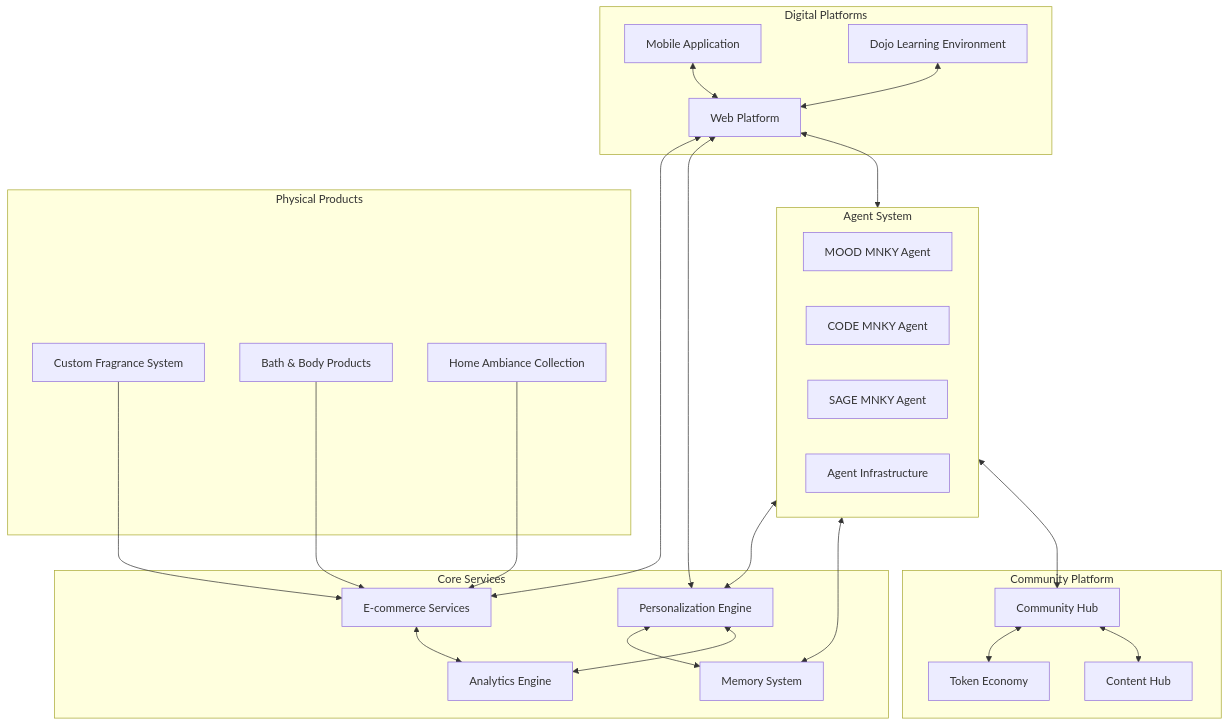
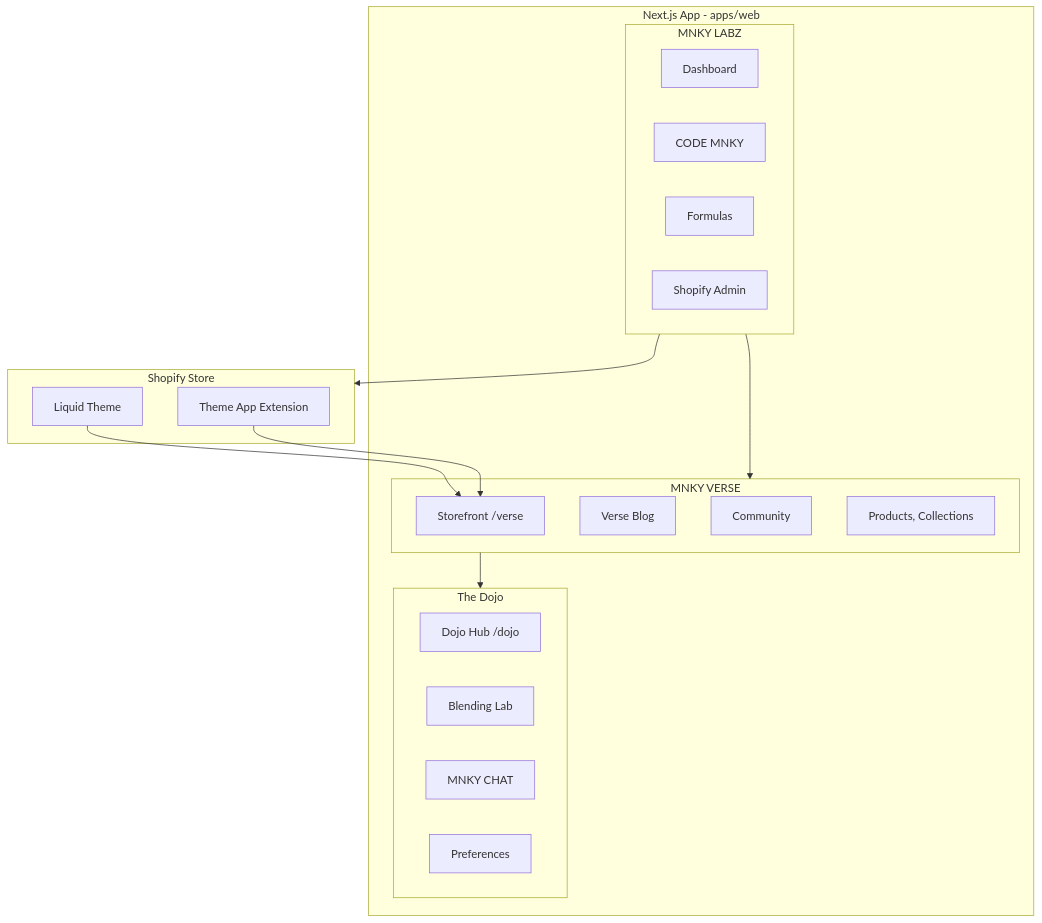
One commit to MOODMNKY-LLC/mood-mnky-command changed the first of 7 diagrams in mnky-docs/brand-overview/ecosystem-blueprint.mdx. Above: the diagram before and after it, drawn with Mermaid. The commit also changed other lines of this file and 25 other files, not shown here.

````diff
--- a/mnky-docs/brand-overview/ecosystem-blueprint.mdx
+++ b/mnky-docs/brand-overview/ecosystem-blueprint.mdx
@@ -18,55 +20,34 @@
   ```mermaid
-  graph TD
-    subgraph PhysicalProducts[Physical Products]
-      FragranceSystem[Custom Fragrance System]
-      BathBody[Bath & Body Products]
-      HomeAmbiance[Home Ambiance Collection]
+  flowchart TB
+    subgraph Store [Shopify Store]
+      Theme[Liquid Theme]
+      Ext[Theme App Extension]
     end
 
-    subgraph DigitalPlatforms[Digital Platforms]
-      WebPlatform[Web Platform]
-      MobileApp[Mobile Application]
-      DojoEnvironment[Dojo Learning Environment]
+    subgraph App [Next.js App - apps/web]
+      subgraph Verse [MNKY VERSE]
+        Storefront[Storefront /verse]
+        Blog[Verse Blog]
+        Community[Community]
+        Catalog[Products, Collections]
+      end
+      subgraph Dojo [The Dojo]
+        Hub[Dojo Hub /dojo]
+        Crafting[Blending Lab]
+        Chat[MNKY CHAT]
+        Prefs[Preferences]
+      end
+      subgraph Labz [MNKY LABZ]
+        Dashboard[Dashboard]
+        CodeMnky[CODE MNKY]
+        Formulas[Formulas]
+        StoreAdmin[Shopify Admin]
+      end
     end
 
-    subgraph AgentSystem[Agent System]
-      MoodMnky[MOOD MNKY Agent]
-      CodeMnky[CODE MNKY Agent]
-      SageMnky[SAGE MNKY Agent]
-      AgentInfra[Agent Infrastructure]
-    end
-
-    subgraph CommPlatform[Community Platform]
-      Community[Community Hub]
-      TokenEconomy[Token Economy]
-      ContentHub[Content Hub]
-    end
-
-    subgraph CoreServices[Core Services]
-      PersonalizationEngine[Personalization Engine]
-      EcommerceServices[E-commerce Services]
-      MemorySystem[Memory System]
-      AnalyticsEngine[Analytics Engine]
-    end
-
-    WebPlatform <--> EcommerceServices
-    WebPlatform <--> PersonalizationEngine
-    WebPlatform <--> AgentSystem
-    MobileApp <--> WebPlatform
-    DojoEnvironment <--> WebPlatform
-    
-    AgentSystem <--> PersonalizationEngine
-    AgentSystem <--> MemorySystem
-    AgentSystem <--> Community
-    
-    FragranceSystem --> EcommerceServices
-    BathBody --> EcommerceServices
-    HomeAmbiance --> EcommerceServices
-    
-    Community <--> TokenEconomy
-    Community <--> ContentHub
-    
-    PersonalizationEngine <--> MemorySystem
-    PersonalizationEngine <--> AnalyticsEngine
-    EcommerceServices <--> AnalyticsEngine
+    Theme --> Storefront
+    Ext --> Storefront
+    Verse --> Dojo
+    Labz --> Verse
+    Labz --> Store
   ```
````
